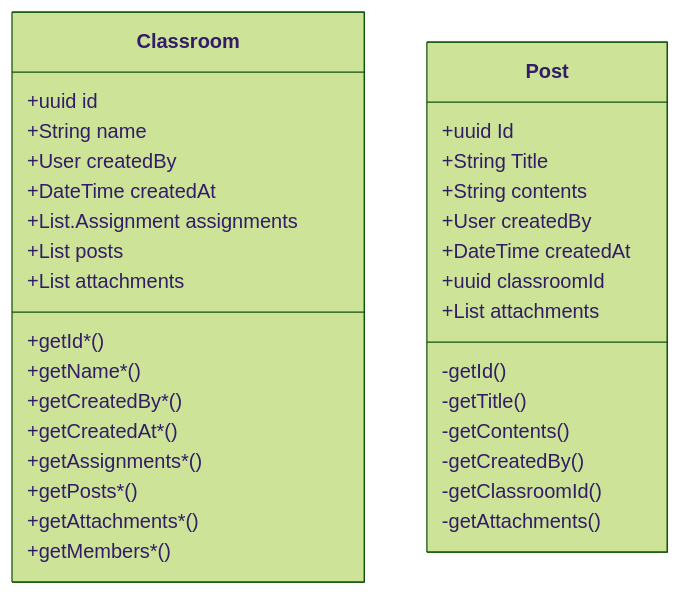
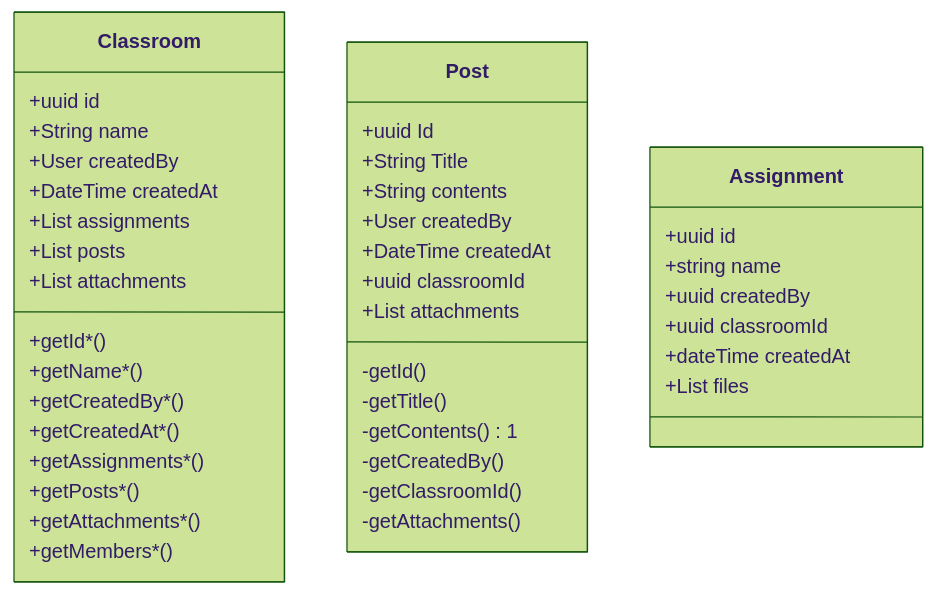
The diagram in documentation/diagrams/classes.mermaid (Pollak-Projects/lp), drawn with Mermaid (forest theme) before and after one commit. The commit also changed 1 other file, not shown here.

Commit message:
documentation: update database diagrams

```diff
--- a/documentation/diagrams/classes.mermaid
+++ b/documentation/diagrams/classes.mermaid
@@ -1,38 +1,47 @@
 classDiagram
 
     class Classroom{
       +uuid id
       +String name
       +User createdBy
       +DateTime createdAt
-      +List.Assignment assignments
+      +List<Assignment> assignments
       +List<Post> posts
       +List<Attachment> attachments
 
       
       +getId*()
       +getName*()
       +getCreatedBy*()
       +getCreatedAt*()
       +getAssignments*()
       +getPosts*()
       +getAttachments*()
       +getMembers*()
     }
 
     class Post{
       +uuid Id
       +String Title
       +String contents
       +User createdBy
       +DateTime createdAt
       +uuid classroomId
       +List<Attachment> attachments
 
       -getId()
       -getTitle()
-      -getContents()
+      -getContents()1
       -getCreatedBy()
       -getClassroomId()
       -getAttachments()
     }
+
+    class Assignment {
+        +uuid id
+        +string name
+        +uuid createdBy
+        +uuid classroomId
+        +dateTime createdAt
+        +List<File> files
+    }
```
